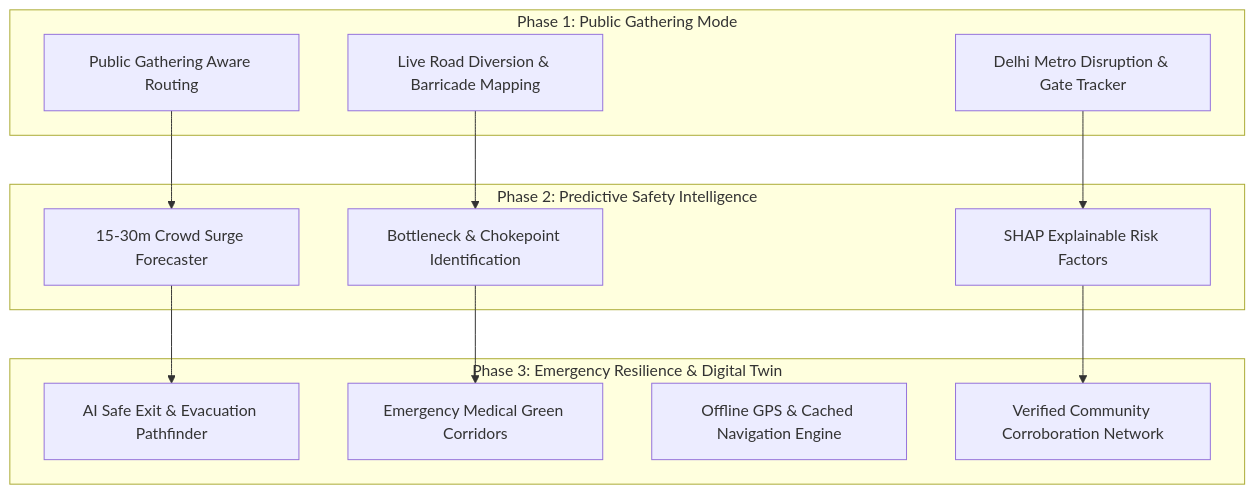
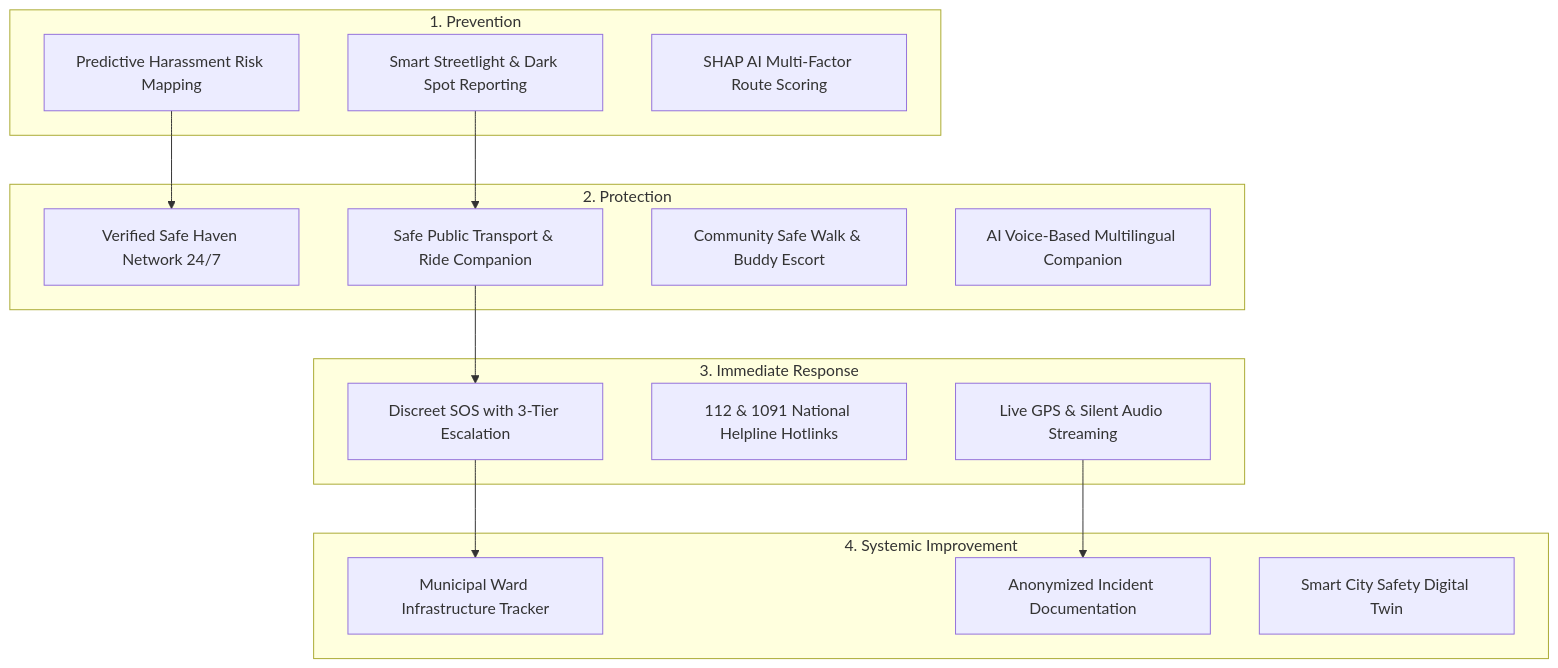
One commit to deshkarswanandi9-cell/Safepath-AI-2 changed the diagram in ROADMAP.md. Above: the diagram before and after it, drawn with Mermaid. The commit also changed other lines of this file and 11 other files, not shown here.

Commit message:
feat: implement Women's Safety Ecosystem with Safe Havens, Transit Ride Companion, Safe Walk, and Municipal Streetlight Reporting

````diff
--- a/ROADMAP.md
+++ b/ROADMAP.md
@@ -17,28 +10,33 @@
 ```mermaid
 flowchart TD
-    subgraph Phase 1: Public Gathering Mode
-        P1A[Public Gathering Aware Routing]
-        P1B[Live Road Diversion & Barricade Mapping]
-        P1C[Delhi Metro Disruption & Gate Tracker]
+    subgraph 1. Prevention
+        P1[Predictive Harassment Risk Mapping]
+        P2[Smart Streetlight & Dark Spot Reporting]
+        P3[SHAP AI Multi-Factor Route Scoring]
     end
 
-    subgraph Phase 2: Predictive Safety Intelligence
-        P2A[15-30m Crowd Surge Forecaster]
-        P2B[Bottleneck & Chokepoint Identification]
-        P2C[SHAP Explainable Risk Factors]
+    subgraph 2. Protection
+        PR1[Verified Safe Haven Network 24/7]
+        PR2[Safe Public Transport & Ride Companion]
+        PR3[Community Safe Walk & Buddy Escort]
+        PR4[AI Voice-Based Multilingual Companion]
     end
 
-    subgraph Phase 3: Emergency Resilience & Digital Twin
-        P3A[AI Safe Exit & Evacuation Pathfinder]
-        P3B[Emergency Medical Green Corridors]
-        P3C[Offline GPS & Cached Navigation Engine]
-        P3D[Verified Community Corroboration Network]
+    subgraph 3. Immediate Response
+        R1[Discreet SOS with 3-Tier Escalation]
+        R2[112 & 1091 National Helpline Hotlinks]
+        R3[Live GPS & Silent Audio Streaming]
     end
 
-    P1A --> P2A
-    P1B --> P2B
-    P1C --> P2C
-    P2A --> P3A
-    P2B --> P3B
-    P2C --> P3D
+    subgraph 4. Systemic Improvement
+        SI1[Municipal Ward Infrastructure Tracker]
+        SI2[Anonymized Incident Documentation]
+        SI3[Smart City Safety Digital Twin]
+    end
+
+    P1 --> PR1
+    P2 --> PR2
+    PR2 --> R1
+    R1 --> SI1
+    R3 --> SI2
 ```
````
